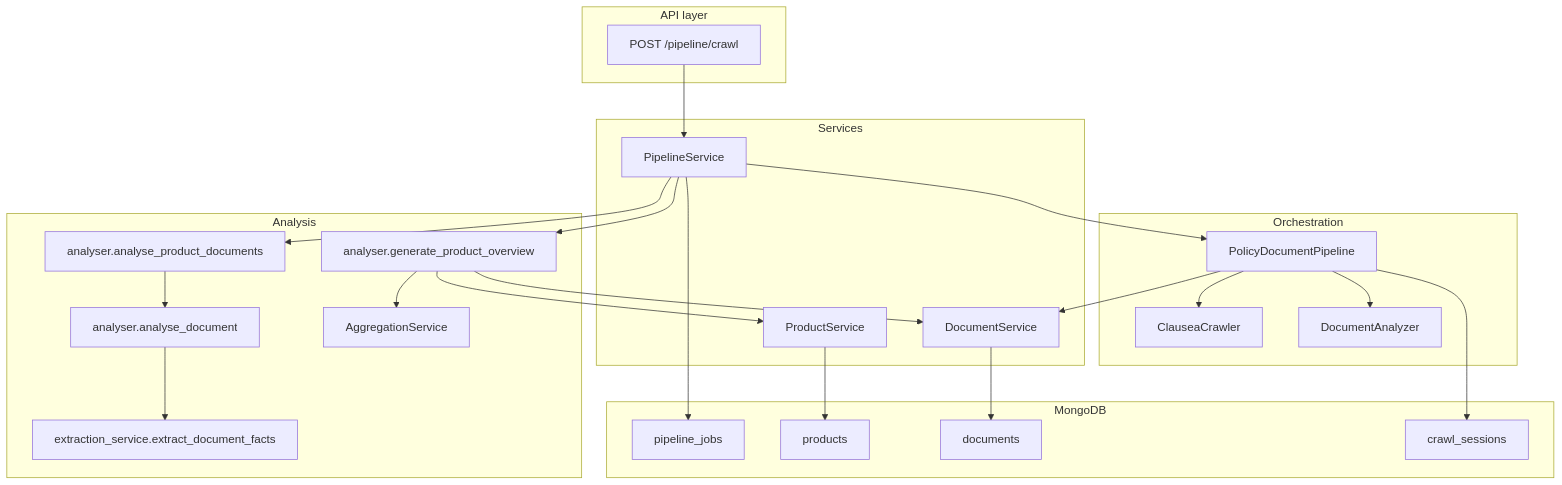
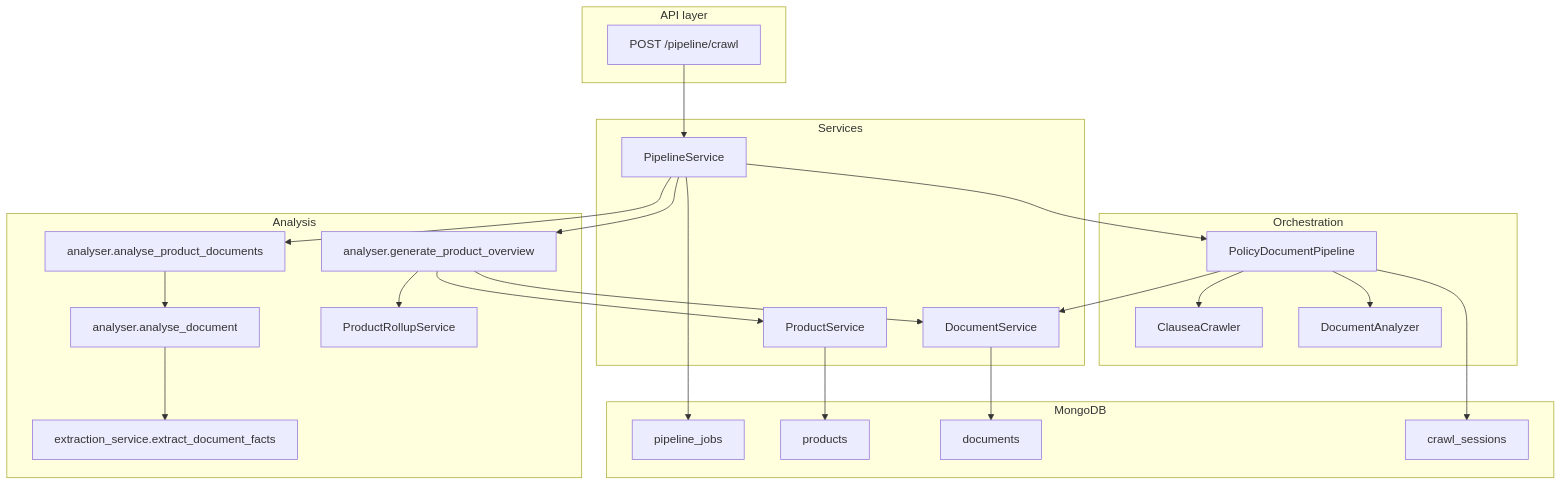
One commit to lvndry/clausea changed the first of 5 diagrams in packages/backend/docs/CRAWL_TO_PIPELINE_WORKFLOW.md. Above: the diagram before and after it, drawn with Mermaid. The commit also changed 51 other files, not shown here.

````diff
--- a/packages/backend/docs/CRAWL_TO_PIPELINE_WORKFLOW.md
+++ b/packages/backend/docs/CRAWL_TO_PIPELINE_WORKFLOW.md
@@ -17,50 +17,50 @@
 ```mermaid
 flowchart TB
   subgraph api [API layer]
     R["POST /pipeline/crawl"]
   end
 
   subgraph services [Services]
     PS["PipelineService"]
     DS["DocumentService"]
     PRS["ProductService"]
   end
 
   subgraph orchestration [Orchestration]
     PDP["PolicyDocumentPipeline"]
     CC["ClauseaCrawler"]
     DA["DocumentAnalyzer"]
   end
 
   subgraph analysis [Analysis]
     AN["analyser.analyse_product_documents"]
     EX["extraction_service.extract_document_facts"]
     AD["analyser.analyse_document"]
     GO["analyser.generate_product_overview"]
-    AGG["AggregationService"]
+    AGG["ProductRollupService"]
   end
 
   subgraph persistence [MongoDB]
     J["pipeline_jobs"]
     P["products"]
     D["documents"]
     CS["crawl_sessions"]
   end
 
   R --> PS
   PS --> PDP
   PS --> AN
   PS --> GO
   PDP --> CC
   PDP --> DA
   PDP --> DS
   AN --> AD
   AD --> EX
   GO --> AGG
   GO --> PRS
   GO --> DS
   PS --> J
   DS --> D
   PRS --> P
   PDP --> CS
 ```
````
